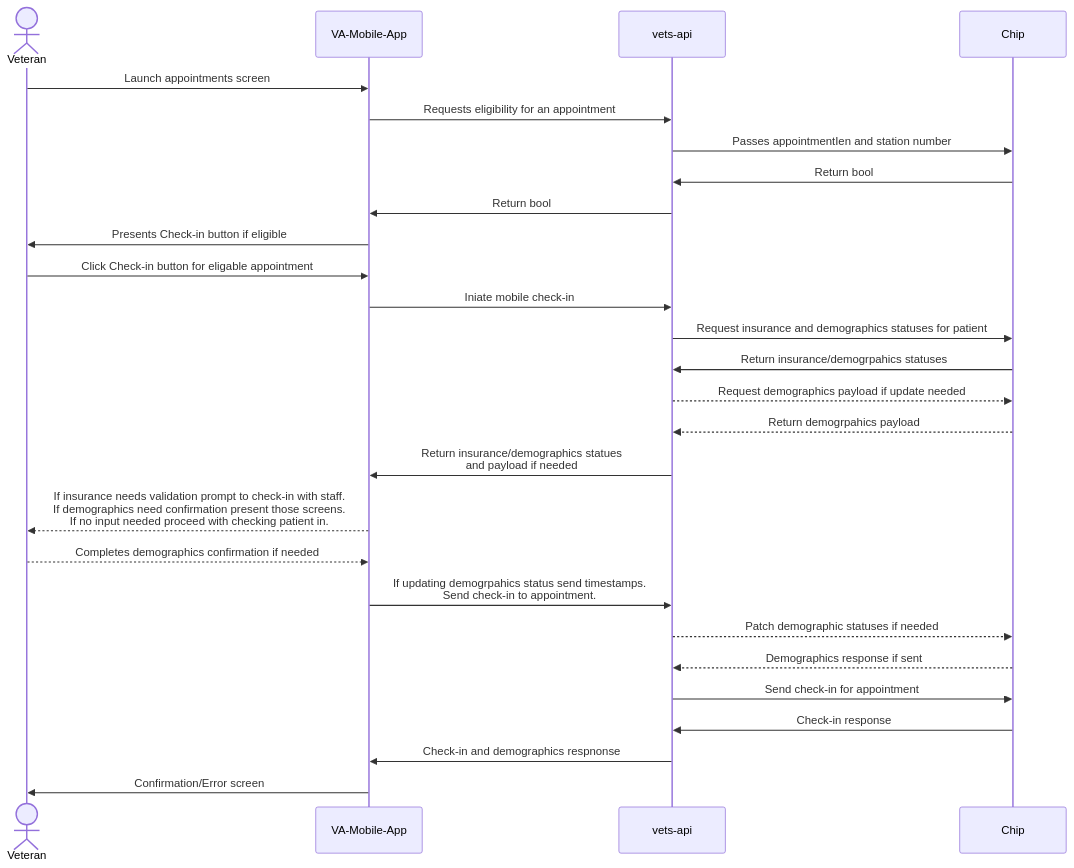
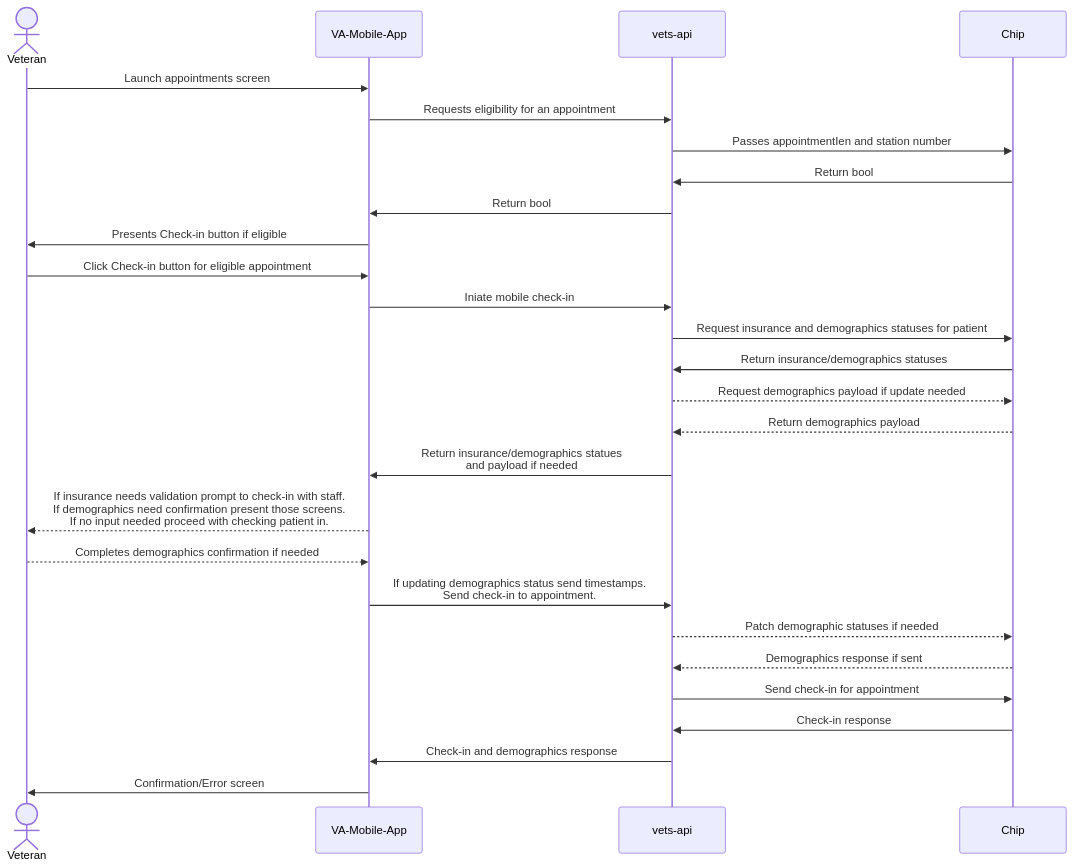
The diagram in products/health-care/checkin/engineering/full-auth-check-in/README.md (department-of-veterans-affairs/va.gov-team), drawn with Mermaid before and after one commit. The commit also changed other lines of this file, not shown here.

````diff
--- a/products/health-care/checkin/engineering/full-auth-check-in/README.md
+++ b/products/health-care/checkin/engineering/full-auth-check-in/README.md
@@ -15,30 +15,30 @@
 ```mermaid
 sequenceDiagram
     actor vet as Veteran
     participant vam as VA-Mobile-App
     participant va as vets-api
     participant chip as Chip
 
 	vet->>vam: Launch appointments screen
 	vam->>va: Requests eligibility for an appointment
     va->>chip: Passes appointmentIen and station number
     chip->>va: Return bool
     va->>vam: Return bool
     vam->>vet: Presents Check-in button if eligible
-    vet->>vam: Click Check-in button for eligable appointment
+    vet->>vam: Click Check-in button for eligible appointment
     vam->>va: Iniate mobile check-in
     va->>chip: Request insurance and demographics statuses for patient
-    chip->>va: Return insurance/demogrpahics statuses
+    chip->>va: Return insurance/demographics statuses
     va-->>chip: Request demographics payload if update needed
-    chip-->>va: Return demogrpahics payload
+    chip-->>va: Return demographics payload
     va->>vam: Return insurance/demographics statues <br />and payload if needed
     vam-->>vet: If insurance needs validation prompt to check-in with staff.<br /> If demographics need confirmation present those screens.<br /> If no input needed proceed with checking patient in.
     vet-->>vam: Completes demographics confirmation if needed
-    vam->>va: If updating demogrpahics status send timestamps.<br />Send check-in to appointment.
+    vam->>va: If updating demographics status send timestamps.<br />Send check-in to appointment.
     va-->>chip: Patch demographic statuses if needed
     chip-->>va: Demographics response if sent
     va->>chip: Send check-in for appointment 
     chip->>va: Check-in response
-    va->>vam: Check-in and demographics respnonse
+    va->>vam: Check-in and demographics response
     vam->>vet: Confirmation/Error screen
 ```
````
